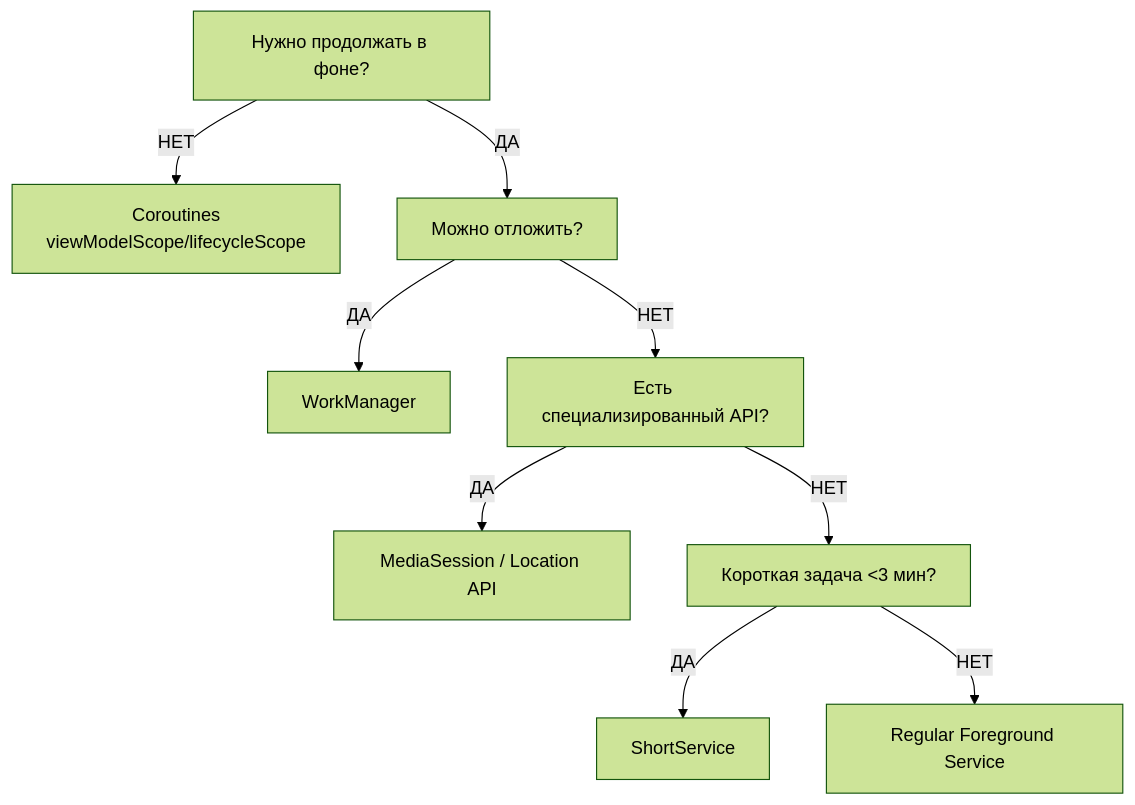
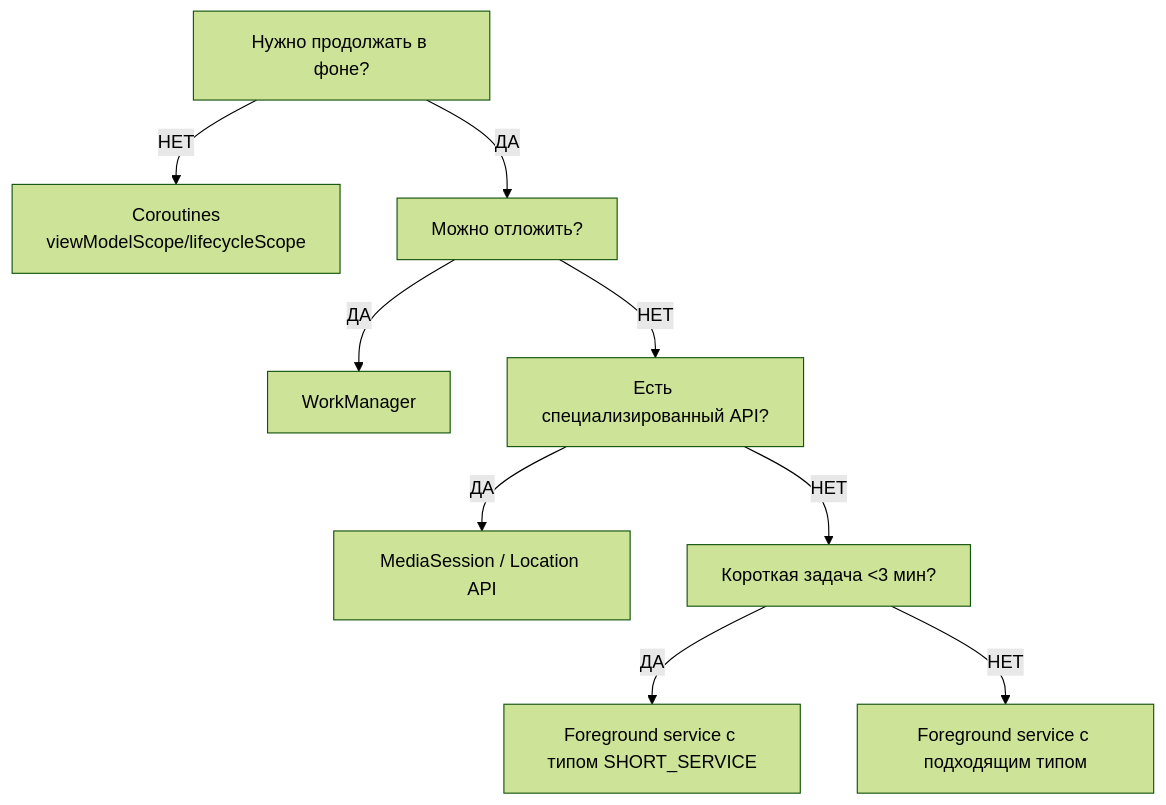
The first of 2 diagrams in InterviewQuestions/40-Android/q-background-tasks-decision-guide--android--medium.md (po4yka/interview_questions), drawn with Mermaid (forest theme) before and after one commit. The commit also changed other lines of this file and 555 other files, not shown here.

````diff
--- a/InterviewQuestions/40-Android/q-background-tasks-decision-guide--android--medium.md
+++ b/InterviewQuestions/40-Android/q-background-tasks-decision-guide--android--medium.md
@@ -46,11 +46,11 @@
 ```mermaid
 flowchart TD
     Start[Нужно продолжать в фоне?] -->|НЕТ| Coroutines[Coroutines<br/>viewModelScope/lifecycleScope]
     Start -->|ДА| Deferrable[Можно отложить?]
     Deferrable -->|ДА| WorkManager[WorkManager]
     Deferrable -->|НЕТ| SpecializedAPI[Есть специализированный API?]
     SpecializedAPI -->|ДА| Specialized[MediaSession / Location API]
     SpecializedAPI -->|НЕТ| ShortTask[Короткая задача <3 мин?]
-    ShortTask -->|ДА| ShortService[ShortService]
-    ShortTask -->|НЕТ| ForegroundService[Regular Foreground Service]
+    ShortTask -->|ДА| ShortService[Foreground service с типом SHORT_SERVICE]
+    ShortTask -->|НЕТ| ForegroundService[Foreground service с подходящим типом]
 ```
````
